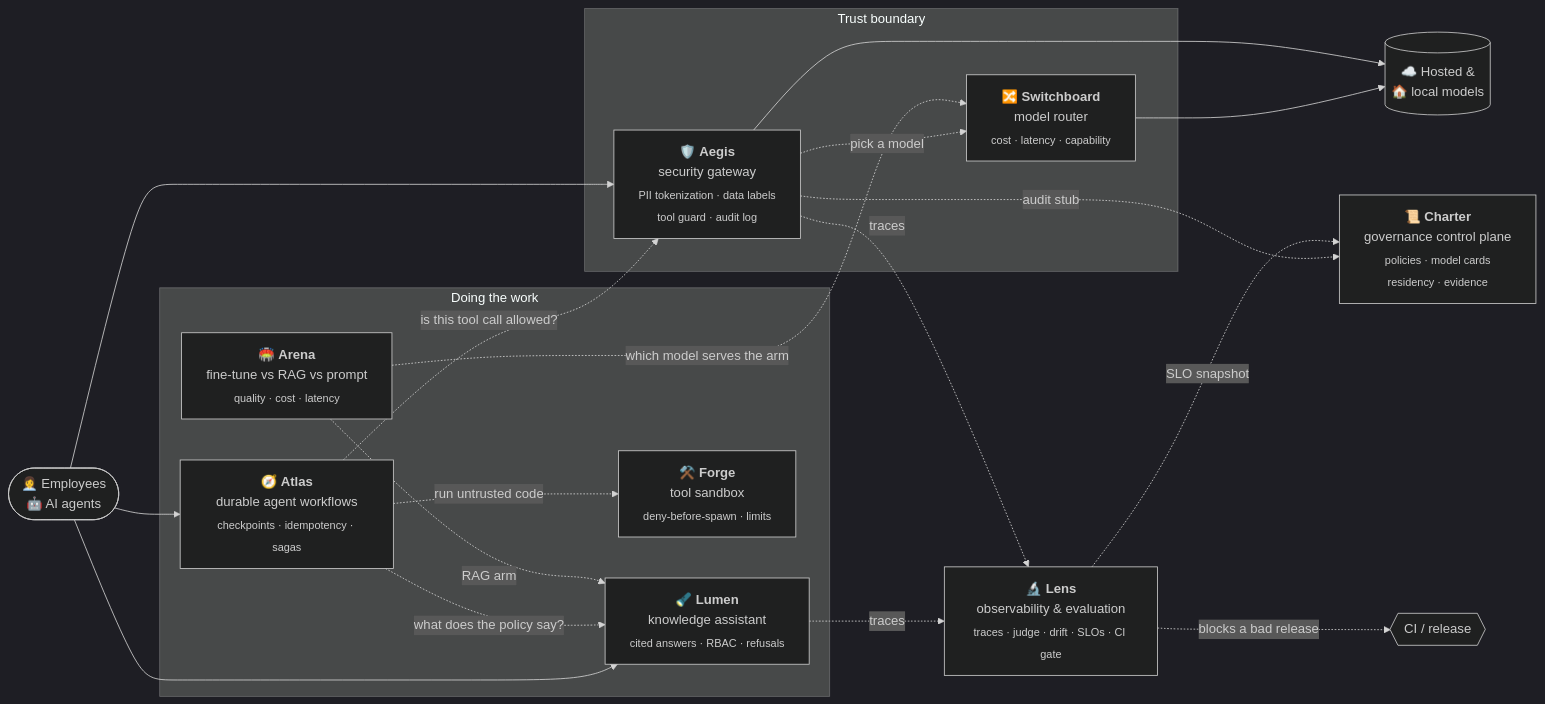
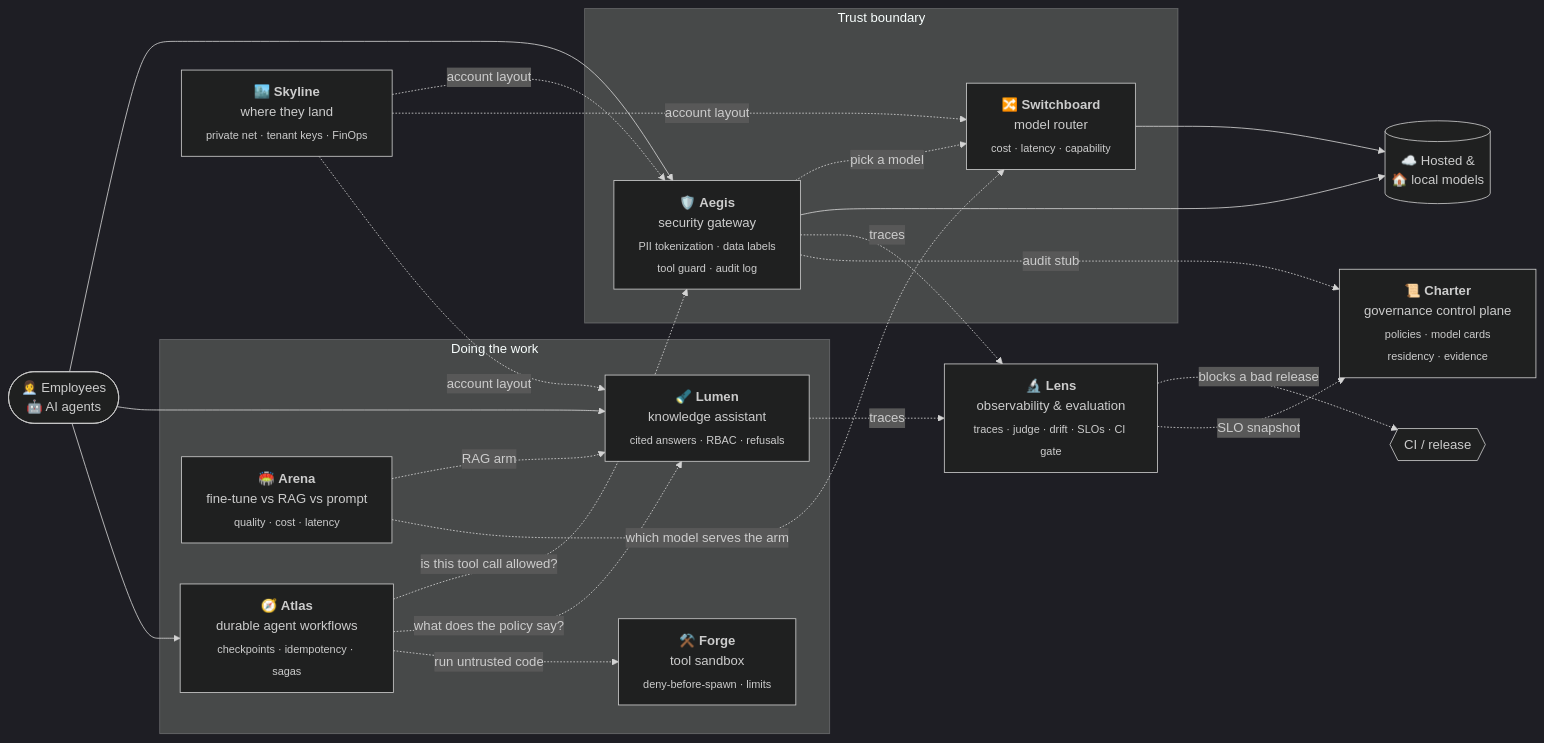
The diagram in README.md (kumarlakshya24/enterprise-ai-platform), drawn with Mermaid (dark theme) before and after one commit. The commit also changed other lines of this file and 56 other files, not shown here.

````diff
--- a/README.md
+++ b/README.md
@@ -51,35 +53,39 @@
 ```mermaid
 flowchart LR
   U(["👩‍💼 Employees<br/>🤖 AI agents"]) --> AEG
 
   subgraph EDGE["Trust boundary"]
     AEG["🛡️ <b>Aegis</b><br/>security gateway<br/><sub>PII tokenization · data labels<br/>tool guard · audit log</sub>"]
     SW["🔀 <b>Switchboard</b><br/>model router<br/><sub>cost · latency · capability</sub>"]
   end
 
   subgraph WORK["Doing the work"]
     LUM["🔦 <b>Lumen</b><br/>knowledge assistant<br/><sub>cited answers · RBAC · refusals</sub>"]
     ATL["🧭 <b>Atlas</b><br/>durable agent workflows<br/><sub>checkpoints · idempotency · sagas</sub>"]
     FRG["⚒️ <b>Forge</b><br/>tool sandbox<br/><sub>deny-before-spawn · limits</sub>"]
     ARN["🏟️ <b>Arena</b><br/>fine-tune vs RAG vs prompt<br/><sub>quality · cost · latency</sub>"]
   end
 
   AEG -. "pick a model" .-> SW --> LLM[("☁️ Hosted &<br/>🏠 local models")]
   AEG --> LLM
   U --> LUM
   U --> ATL
   ATL -. "is this tool call allowed?" .-> AEG
   ATL -. "what does the policy say?" .-> LUM
   ATL -. "run untrusted code" .-> FRG
 
   LENS["🔬 <b>Lens</b><br/>observability & evaluation<br/><sub>traces · judge · drift · SLOs · CI gate</sub>"]
   CHR["📜 <b>Charter</b><br/>governance control plane<br/><sub>policies · model cards<br/>residency · evidence</sub>"]
+  SKY["🏙️ <b>Skyline</b><br/>where they land<br/><sub>private net · tenant keys · FinOps</sub>"]
 
   AEG -. traces .-> LENS
   LUM -. traces .-> LENS
   LENS -. "blocks a bad release" .-> CI{{"CI / release"}}
   AEG -. "audit stub" .-> CHR
   LENS -. "SLO snapshot" .-> CHR
   ARN -. "RAG arm" .-> LUM
   ARN -. "which model serves the arm" .-> SW
+  SKY -. "account layout" .-> AEG
+  SKY -. "account layout" .-> LUM
+  SKY -. "account layout" .-> SW
 ```
````
